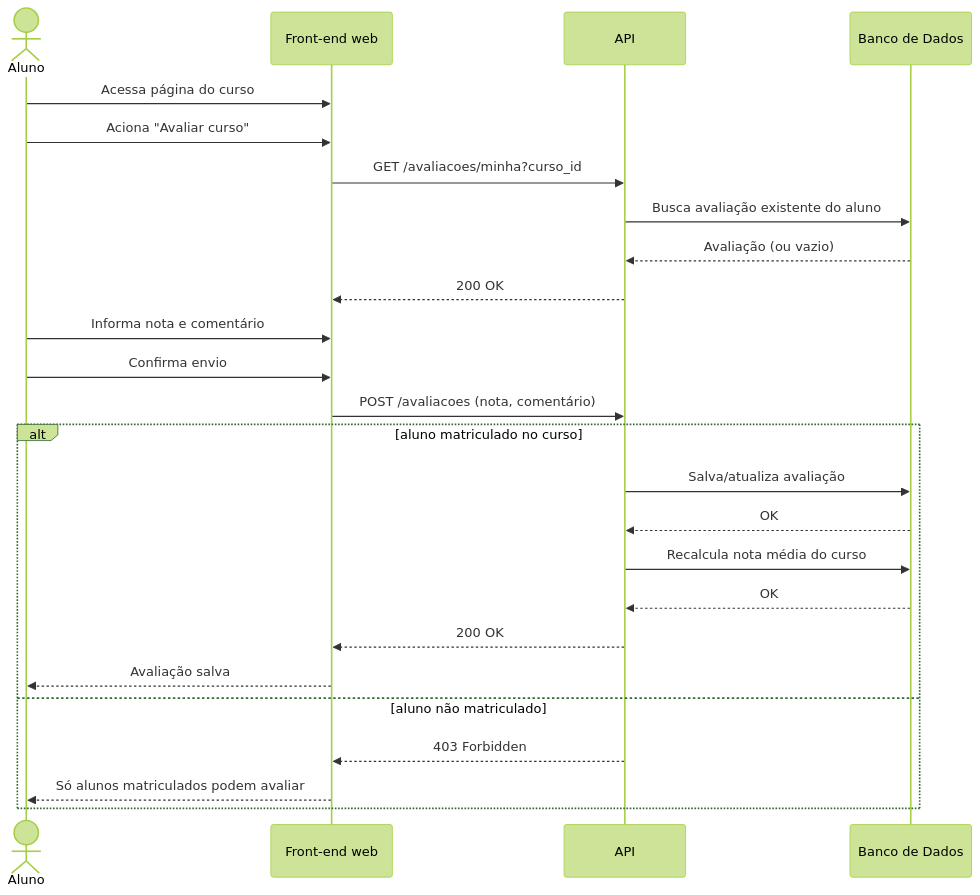
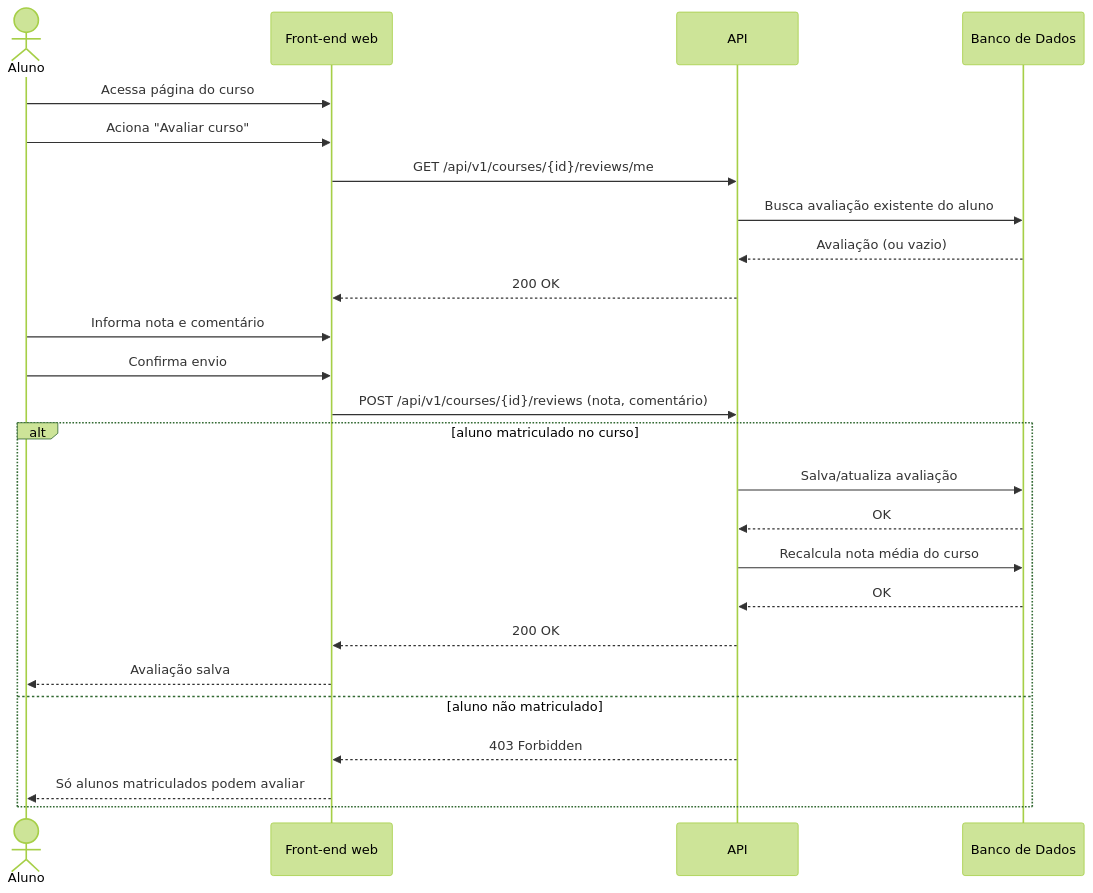
One commit to Plataforma-de-Cursos-TCC/plataforma-cursos-docs changed the diagram in docs/ssd/UC010-avaliar-curso.md. Above: the diagram before and after it, drawn with Mermaid (forest theme). The commit also changed 16 other files, not shown here.

````diff
--- a/docs/ssd/UC010-avaliar-curso.md
+++ b/docs/ssd/UC010-avaliar-curso.md
@@ -5,28 +5,28 @@
 ```mermaid
 sequenceDiagram
     actor Aluno
     participant FE as Front-end web
     participant API
     participant DB as Banco de Dados
 
     Aluno->>FE: Acessa página do curso
     Aluno->>FE: Aciona "Avaliar curso"
-    FE->>API: GET /avaliacoes/minha?curso_id
+    FE->>API: GET /api/v1/courses/{id}/reviews/me
     API->>DB: Busca avaliação existente do aluno
     DB-->>API: Avaliação (ou vazio)
     API-->>FE: 200 OK
     Aluno->>FE: Informa nota e comentário
     Aluno->>FE: Confirma envio
-    FE->>API: POST /avaliacoes (nota, comentário)
+    FE->>API: POST /api/v1/courses/{id}/reviews (nota, comentário)
     alt aluno matriculado no curso
         API->>DB: Salva/atualiza avaliação
         DB-->>API: OK
         API->>DB: Recalcula nota média do curso
         DB-->>API: OK
         API-->>FE: 200 OK
         FE-->>Aluno: Avaliação salva
     else aluno não matriculado
         API-->>FE: 403 Forbidden
         FE-->>Aluno: Só alunos matriculados podem avaliar
     end
 ```
````
